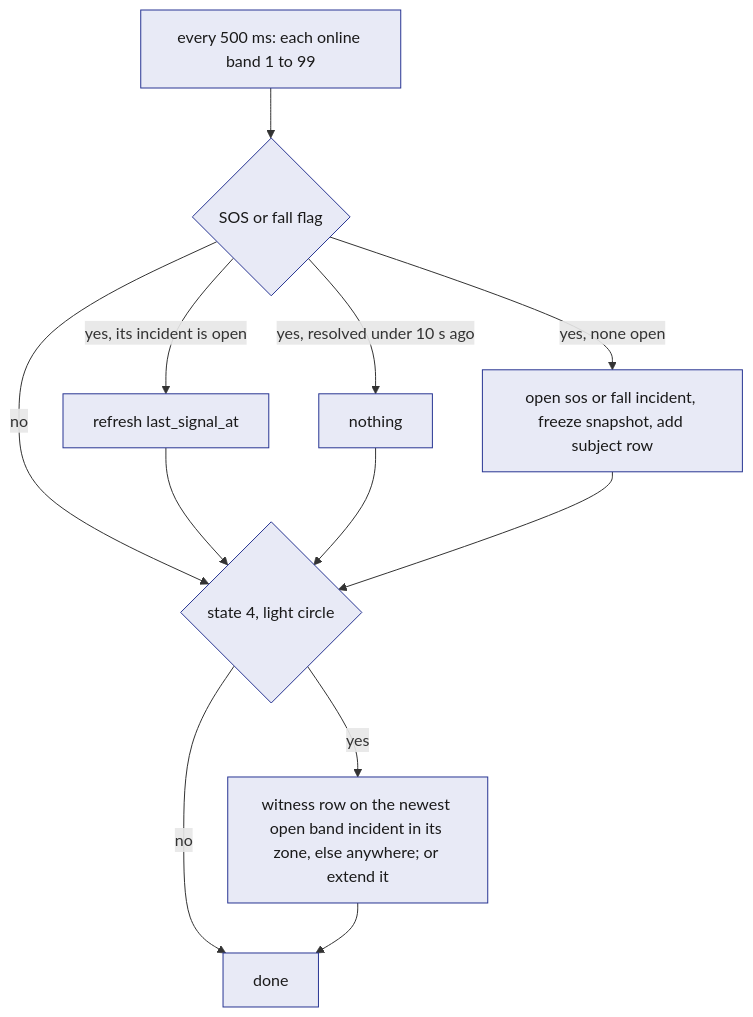
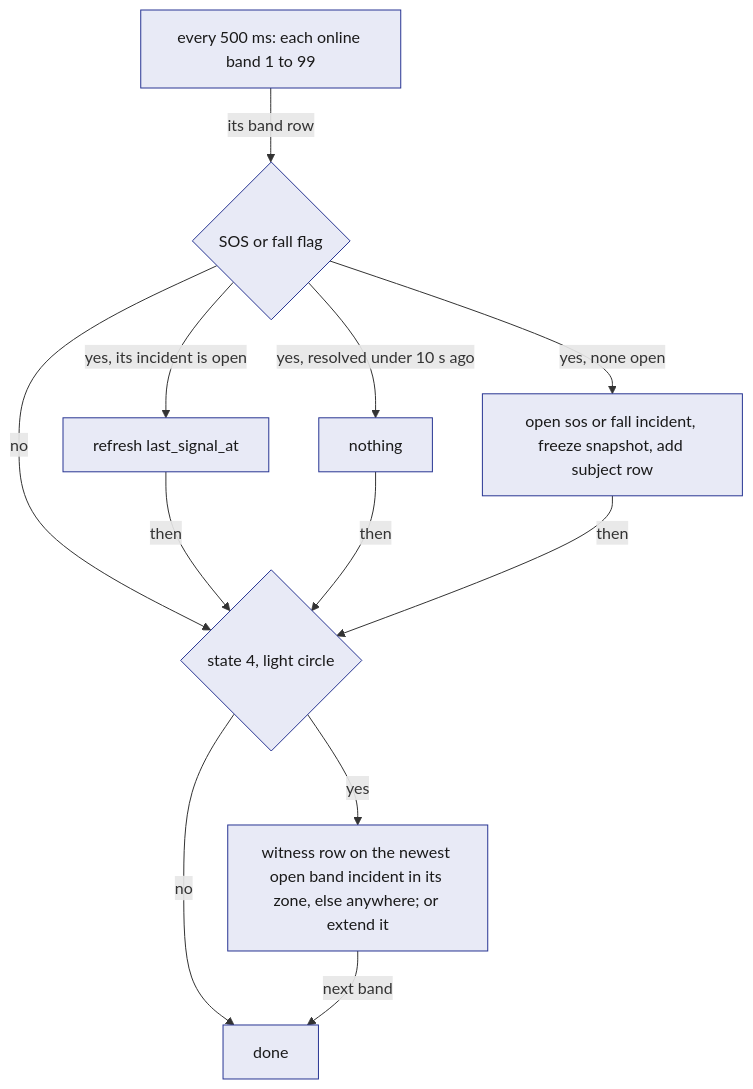
The fourth of 4 diagrams in System Design/2-data/SpacetimeDB.md (viktorinkov/cal-hacks-13), drawn with Mermaid before and after one commit. The commit also changed other lines of this file and 5 other files, not shown here.

````diff
--- a/System Design/2-data/SpacetimeDB.md
+++ b/System Design/2-data/SpacetimeDB.md
@@ -691,16 +688,16 @@
 ```mermaid
 flowchart TD
-  A["every 500 ms: each online band 1 to 99"] --> B{"SOS or fall flag"}
+  A["every 500 ms: each online band 1 to 99"] -->|"its band row"| B{"SOS or fall flag"}
   B -->|"yes, its incident is open"| C["refresh last_signal_at"]
   B -->|"yes, resolved under 10 s ago"| D["nothing"]
   B -->|"yes, none open"| E["open sos or fall incident, freeze snapshot, add subject row"]
   B -->|"no"| F{"state 4, light circle"}
-  C --> F
-  D --> F
-  E --> F
+  C -->|"then"| F
+  D -->|"then"| F
+  E -->|"then"| F
   F -->|"yes"| G["witness row on the newest open band incident in its zone, else anywhere; or extend it"]
   F -->|"no"| H["done"]
-  G --> H
+  G -->|"next band"| H
   classDef stdb fill:#E8EAF6,stroke:#283593,color:#1A1A1A
   class A,B,C,D,E,F,G,H stdb
 ```
````
